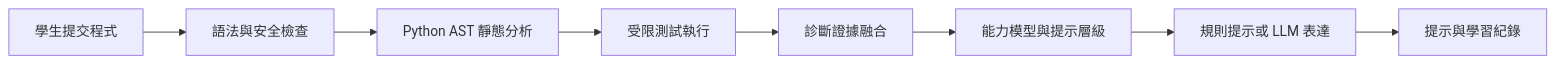
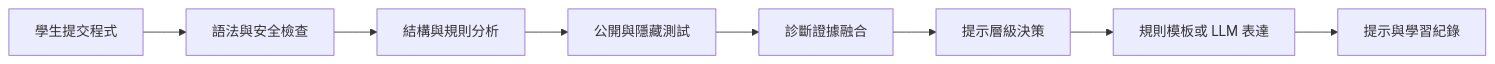
One commit to ColaChiang/pyhint-lab changed the diagram in README.md. Above: the diagram before and after it, drawn with Mermaid. The commit also changed other lines of this file, not shown here.

````diff
--- a/README.md
+++ b/README.md
@@ -7,10 +11,10 @@
 ```mermaid
 flowchart LR
     A[學生提交程式] --> B[語法與安全檢查]
-    B --> C[Python AST 靜態分析]
-    C --> D[受限測試執行]
+    B --> C[結構與規則分析]
+    C --> D[公開與隱藏測試]
     D --> E[診斷證據融合]
-    E --> F[能力模型與提示層級]
-    F --> G[規則提示或 LLM 表達]
+    E --> F[提示層級決策]
+    F --> G[規則模板或 LLM 表達]
     G --> H[提示與學習紀錄]
 ```
````
